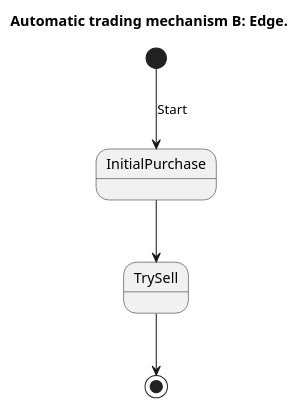
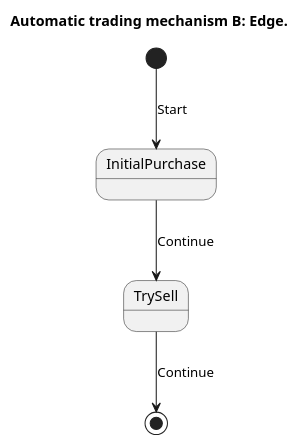
Before and after one commit to vrenken/EtAlii.CryptoMagic: the diagram in EtAlii.BinanceMagic.Service/Trading/Edge/Algorithm/EdgeSequence.puml, drawn with PlantUML. The commit also changed 2 other files, not shown here.

```diff
--- a/EtAlii.BinanceMagic.Service/Trading/Edge/Algorithm/EdgeSequence.puml
+++ b/EtAlii.BinanceMagic.Service/Trading/Edge/Algorithm/EdgeSequence.puml
@@ -1,14 +1,14 @@
 @startuml
 'namespace EtAlii.BinanceMagic.Service
 'class EdgeSequence
 'generate partial
 
 title Automatic trading mechanism B: Edge.
 
 state InitialPurchase
 
 [*] --> InitialPurchase : Start
-InitialPurchase --> TrySell
-TrySell --> [*]
+InitialPurchase --> TrySell : Continue
+TrySell --> [*] : Continue
 
 @enduml
```
